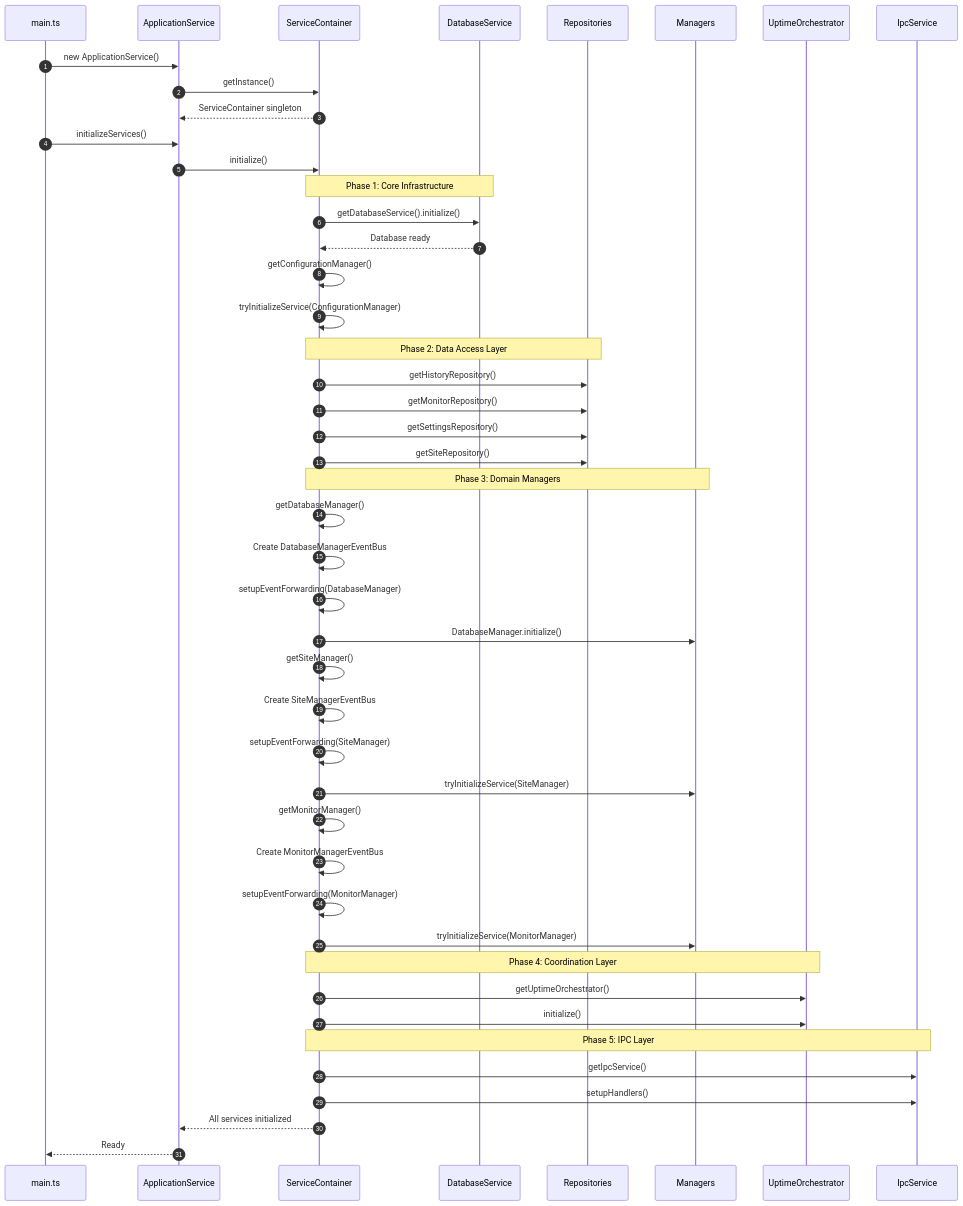
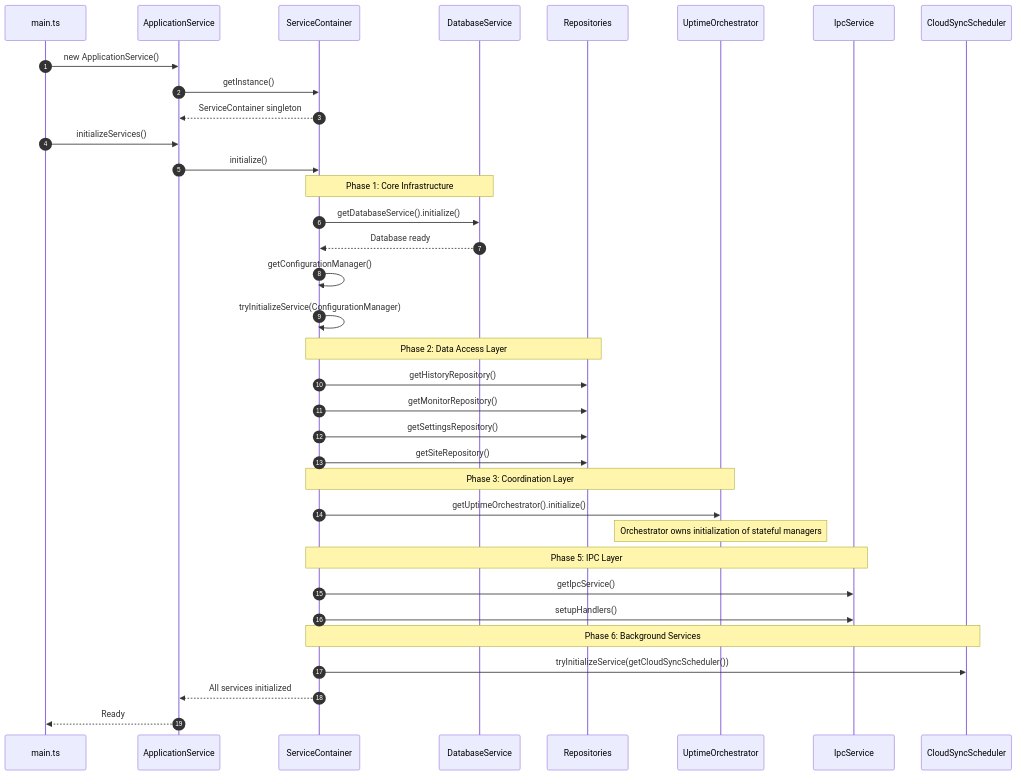
The third of 4 diagrams in docs/Architecture/ADRs/ADR_007_SERVICE_CONTAINER_DEPENDENCY_INJECTION.md (Nick2bad4u/Uptime-Watcher), drawn with Mermaid before and after one commit. The commit also changed other lines of this file and 32 other files, not shown here.

````diff
--- a/docs/Architecture/ADRs/ADR_007_SERVICE_CONTAINER_DEPENDENCY_INJECTION.md
+++ b/docs/Architecture/ADRs/ADR_007_SERVICE_CONTAINER_DEPENDENCY_INJECTION.md
@@ -388,59 +410,46 @@
 ```mermaid
 sequenceDiagram
     autonumber
     participant Main as main.ts
     participant AppSvc as ApplicationService
     participant SC as ServiceContainer
     participant DB as DatabaseService
     participant Repos as Repositories
-    participant Mgrs as Managers
     participant Orch as UptimeOrchestrator
     participant IPC as IpcService
+    participant Cloud as CloudSyncScheduler
 
     Main->>AppSvc: new ApplicationService()
     AppSvc->>SC: getInstance()
     SC-->>AppSvc: ServiceContainer singleton
 
     Main->>AppSvc: initializeServices()
     AppSvc->>SC: initialize()
 
     Note over SC,DB: Phase 1: Core Infrastructure
     SC->>DB: getDatabaseService().initialize()
     DB-->>SC: Database ready
 
     SC->>SC: getConfigurationManager()
     SC->>SC: tryInitializeService(ConfigurationManager)
 
     Note over SC,Repos: Phase 2: Data Access Layer
     SC->>Repos: getHistoryRepository()
     SC->>Repos: getMonitorRepository()
     SC->>Repos: getSettingsRepository()
     SC->>Repos: getSiteRepository()
 
-    Note over SC,Mgrs: Phase 3: Domain Managers
-    SC->>SC: getDatabaseManager()
-    SC->>SC: Create DatabaseManagerEventBus
-    SC->>SC: setupEventForwarding(DatabaseManager)
-    SC->>Mgrs: DatabaseManager.initialize()
-
-    SC->>SC: getSiteManager()
-    SC->>SC: Create SiteManagerEventBus
-    SC->>SC: setupEventForwarding(SiteManager)
-    SC->>Mgrs: tryInitializeService(SiteManager)
-
-    SC->>SC: getMonitorManager()
-    SC->>SC: Create MonitorManagerEventBus
-    SC->>SC: setupEventForwarding(MonitorManager)
-    SC->>Mgrs: tryInitializeService(MonitorManager)
-
-    Note over SC,Orch: Phase 4: Coordination Layer
-    SC->>Orch: getUptimeOrchestrator()
-    SC->>Orch: initialize()
+    Note over SC,Orch: Phase 3: Coordination Layer
+    SC->>Orch: getUptimeOrchestrator().initialize()
+    Note over Orch: Orchestrator owns initialization of stateful managers
 
     Note over SC,IPC: Phase 5: IPC Layer
     SC->>IPC: getIpcService()
     SC->>IPC: setupHandlers()
 
+    Note over SC,Cloud: Phase 6: Background Services
+    SC->>Cloud: tryInitializeService(getCloudSyncScheduler())
+
     SC-->>AppSvc: All services initialized
     AppSvc-->>Main: Ready
 ```
````
